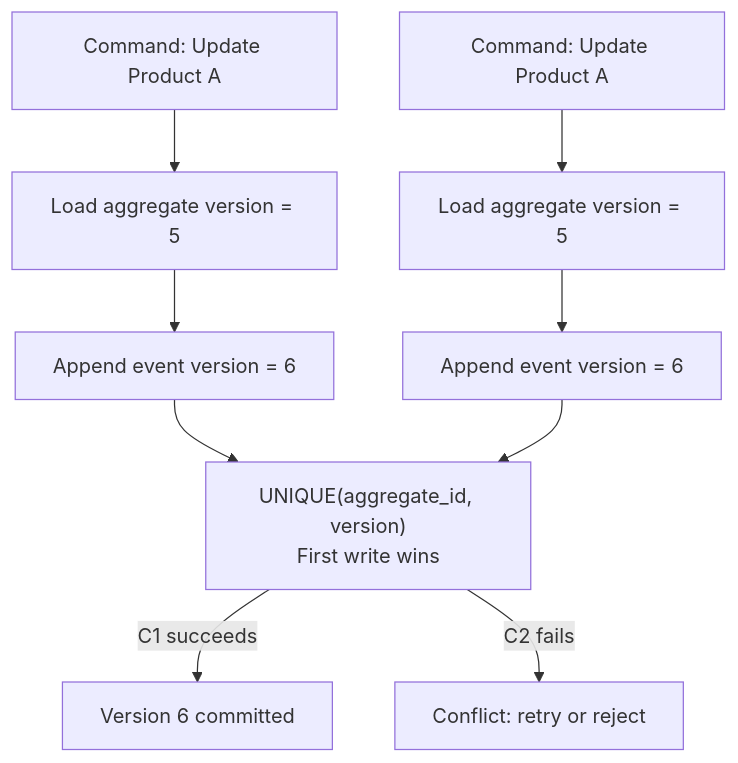
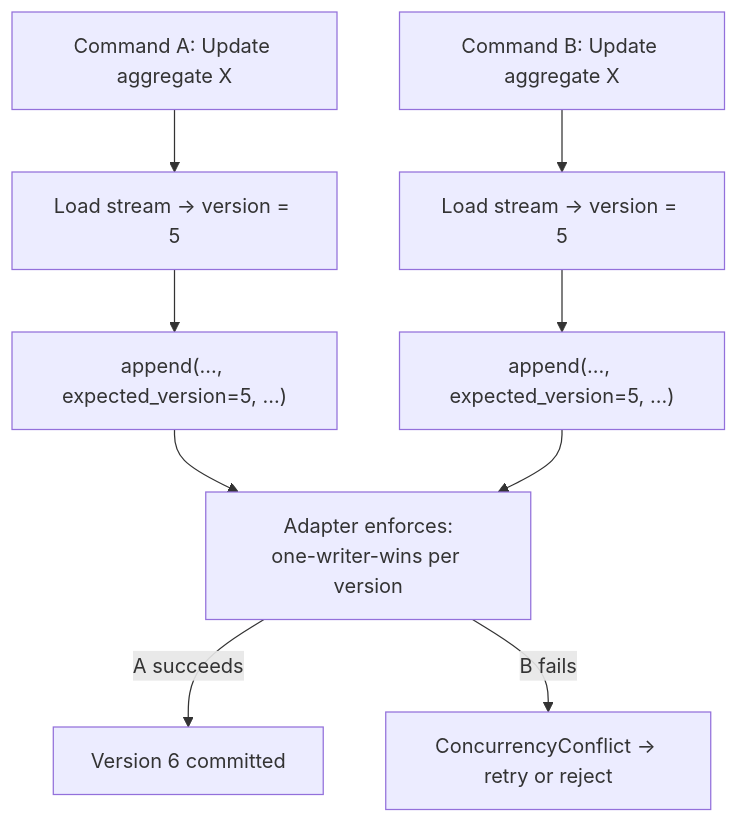
Before and after one commit to hlop3z/claude-ai-dangerous: the seventh of 17 diagrams in .claude/.notes/Event-Driven-System.md, drawn with Mermaid. The commit also changed other lines of this file, not shown here.

````diff
--- a/.claude/.notes/Event-Driven-System.md
+++ b/.claude/.notes/Event-Driven-System.md
@@ -322,17 +1017,17 @@
 ```mermaid
 flowchart TD
-    C1["Command: Update Product A"]
-    C2["Command: Update Product A"]
+    C1["Command A: Update aggregate X"]
+    C2["Command B: Update aggregate X"]
 
-    C1 --> L1["Load aggregate version = 5"]
-    C2 --> L2["Load aggregate version = 5"]
+    C1 --> L1["Load stream → version = 5"]
+    C2 --> L2["Load stream → version = 5"]
 
-    L1 --> W1["Append event version = 6"]
-    L2 --> W2["Append event version = 6"]
+    L1 --> W1["append(..., expected_version=5, ...)"]
+    L2 --> W2["append(..., expected_version=5, ...)"]
 
-    W1 --> S["UNIQUE(aggregate_id, version)\nFirst write wins"]
-    W2 --> S
+    W1 --> CHECK["Adapter enforces:\none-writer-wins per version"]
+    W2 --> CHECK
 
-    S -->|"C1 succeeds"| OK["Version 6 committed"]
-    S -->|"C2 fails"| RETRY["Conflict: retry or reject"]
+    CHECK -->|"A succeeds"| OK["Version 6 committed"]
+    CHECK -->|"B fails"| CONFLICT["ConcurrencyConflict → retry or reject"]
 ```
````
